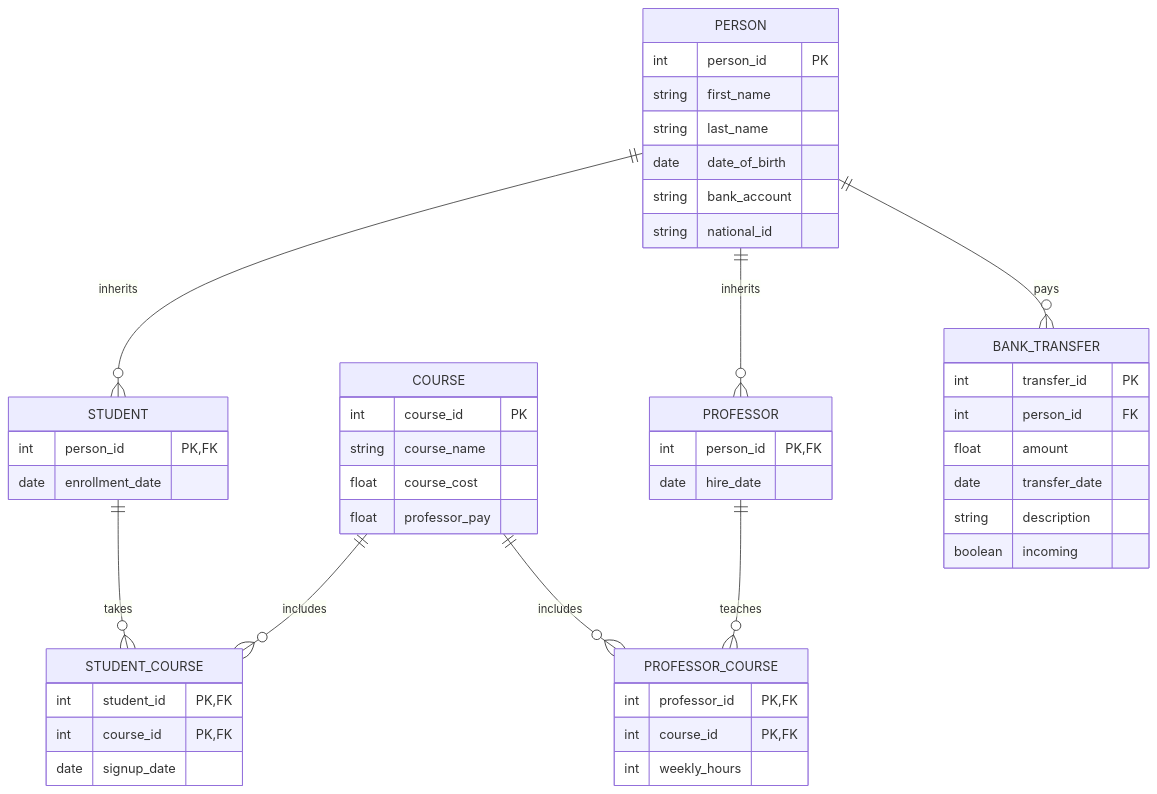
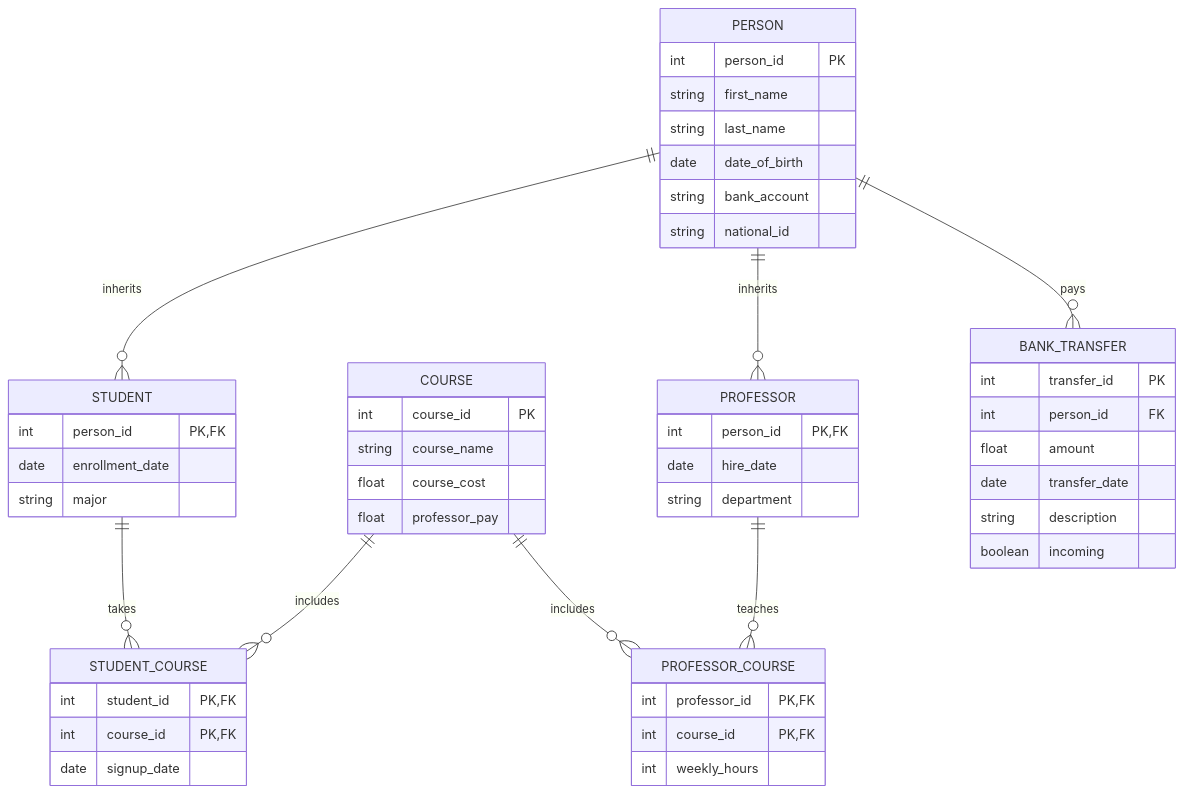
One commit to ashebson/mini_project_in_databases changed the diagram in Design.md. Above: the diagram before and after it, drawn with Mermaid. The commit also changed other lines of this file and 5 other files, not shown here.

````diff
--- a/Design.md
+++ b/Design.md
@@ -3,57 +1,59 @@
 ```mermaid
 erDiagram
     COURSE {
         int course_id PK
         string course_name
         float course_cost
         float professor_pay
     }
     
     PERSON {
         int person_id PK
         string first_name
         string last_name
         date date_of_birth
         string bank_account
         string national_id
     }
     
     STUDENT {
         int person_id PK, FK
         date enrollment_date
+        string major
     }
     
     PROFESSOR {
         int person_id PK, FK
         date hire_date
+        string department
     }
     
     STUDENT_COURSE {
         int student_id PK, FK
         int course_id PK, FK
         date signup_date
     }
     
     BANK_TRANSFER {
         int transfer_id PK
         int person_id FK
         float amount
         date transfer_date
         string description
         boolean incoming
     }
     
     PROFESSOR_COURSE {
         int professor_id PK, FK
         int course_id PK, FK
         int weekly_hours
     }
 
     PERSON ||--o{ STUDENT: inherits
     PERSON ||--o{ PROFESSOR: inherits
     PERSON ||--o{ BANK_TRANSFER: pays
     STUDENT ||--o{ STUDENT_COURSE: takes
     COURSE ||--o{ STUDENT_COURSE: includes
     COURSE ||--o{ PROFESSOR_COURSE: includes
     PROFESSOR ||--o{ PROFESSOR_COURSE: teaches
 ```
````
